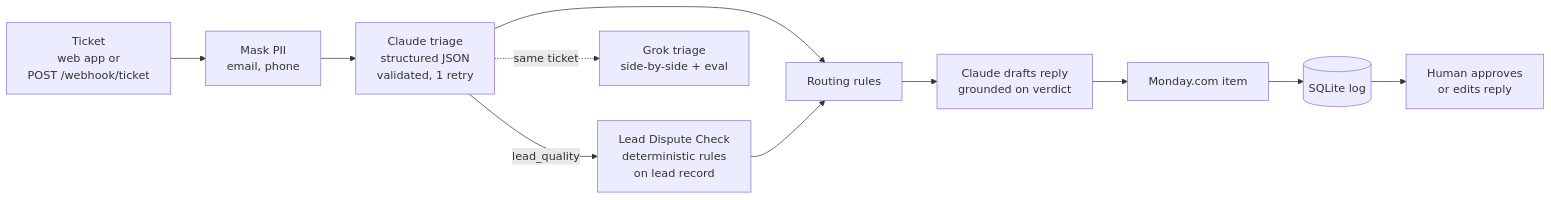
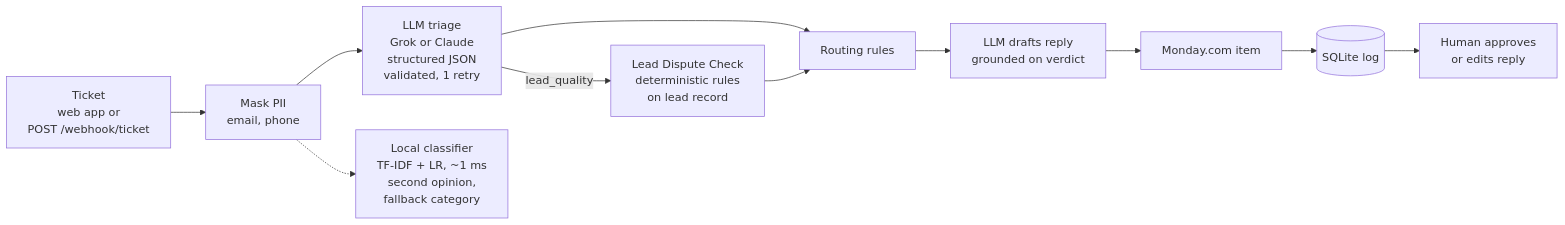
The diagram in README.md (harshitrajchaurasia/leaddesk-ai), drawn with Mermaid before and after one commit. The commit also changed other lines of this file and 40 other files, not shown here.

First line of the commit message:
Add hard and blind eval sets, local ML classifier, per-step providers and usage tracking (#2)

````diff
--- a/README.md
+++ b/README.md
@@ -28,13 +31,13 @@
 ```mermaid
 flowchart LR
     A[Ticket<br/>web app or<br/>POST /webhook/ticket] --> B[Mask PII<br/>email, phone]
-    B --> C[Claude triage<br/>structured JSON<br/>validated, 1 retry]
+    B --> C[LLM triage<br/>Grok or Claude<br/>structured JSON<br/>validated, 1 retry]
     C -->|lead_quality| D[Lead Dispute Check<br/>deterministic rules<br/>on lead record]
     C --> E[Routing rules]
     D --> E
-    E --> F[Claude drafts reply<br/>grounded on verdict]
+    E --> F[LLM drafts reply<br/>grounded on verdict]
     F --> G[Monday.com item]
     G --> H[(SQLite log)]
     H --> I[Human approves<br/>or edits reply]
-    C -.same ticket.-> J[Grok triage<br/>side-by-side + eval]
+    B -.-> J[Local classifier<br/>TF-IDF + LR, ~1 ms<br/>second opinion,<br/>fallback category]
 ```
````
